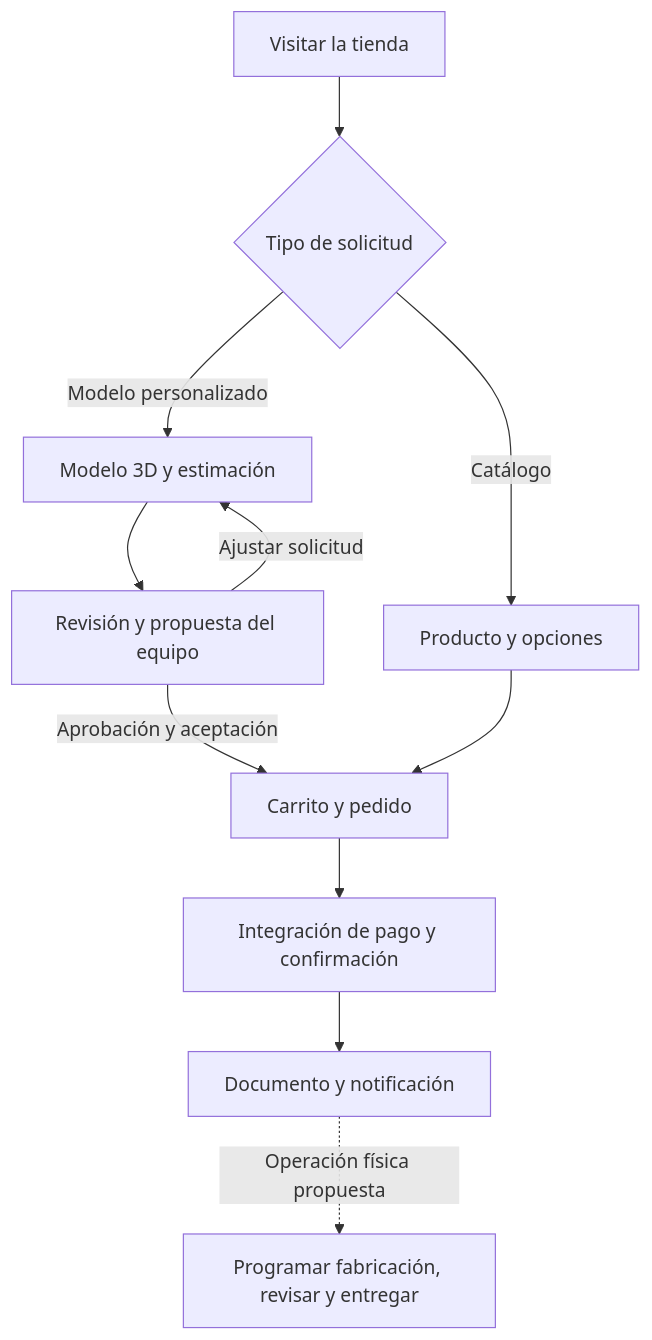
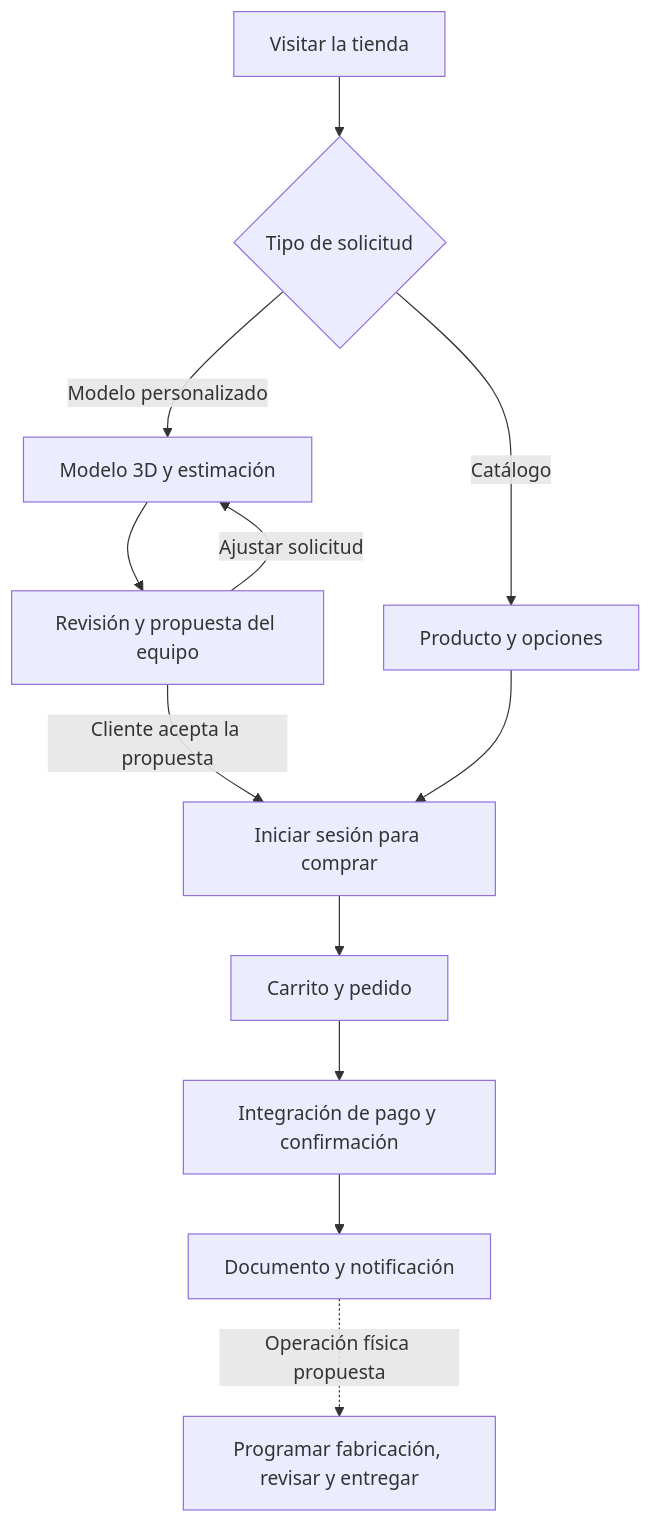
The second of 3 diagrams in README.md (Eliasxgg/caso-ecommerce-3d), drawn with Mermaid before and after one commit. The commit also changed 4 other files, not shown here.

````diff
--- a/README.md
+++ b/README.md
@@ -65,13 +65,14 @@
 ```mermaid
 flowchart TD
     A["Visitar la tienda"] --> B{"Tipo de solicitud"}
     B -->|Catálogo| C["Producto y opciones"]
     B -->|Modelo personalizado| D["Modelo 3D y estimación"]
     D --> E["Revisión y propuesta del equipo"]
-    E -->|Aprobación y aceptación| F["Carrito y pedido"]
+    E -->|Cliente acepta la propuesta| L["Iniciar sesión para comprar"]
+    L --> F["Carrito y pedido"]
     E -->|Ajustar solicitud| D
-    C --> F
+    C --> L
     F --> G["Integración de pago y confirmación"]
     G --> H["Documento y notificación"]
     H -. "Operación física propuesta" .-> I["Programar fabricación, revisar y entregar"]
 ```
````
